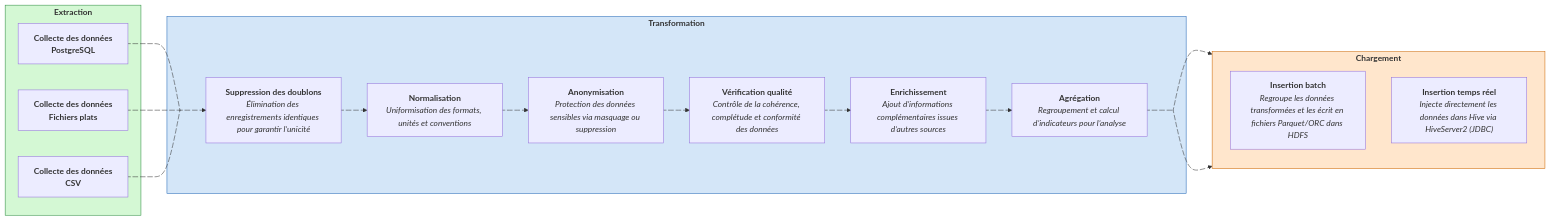
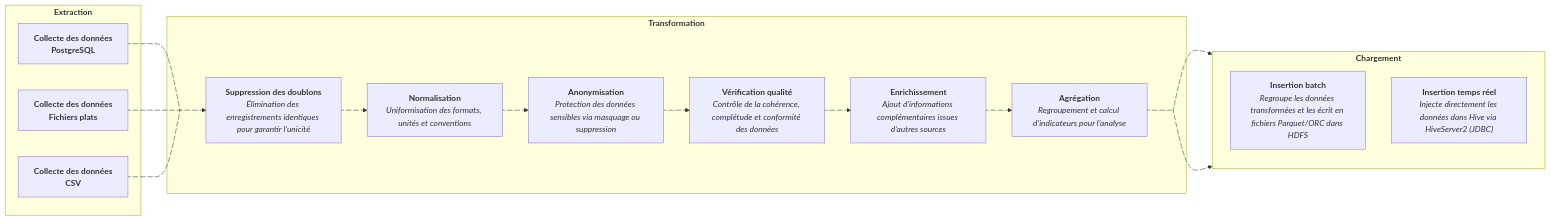
Before and after one commit to paulin-dev/CESI-BigData: the third of 3 diagrams in README.md, drawn with Mermaid.

Commit message:
Remove style definitions from README
Removed style definitions for EXTRACT, TRANSFORM, and LOAD.

````diff
--- a/README.md
+++ b/README.md
@@ -289,60 +289,55 @@
 ```mermaid
 flowchart LR
 
   	%% --- STYLE ---
   	classDef empty width:0,height:0;
 
     %% --- EXTRACT ---
     subgraph EXTRACT ["<b>Extraction</b>"]
         A2["<b>Collecte des données<br>PostgreSQL</b><br/>"]
         A3["<b>Collecte des données<br>Fichiers plats</b><br/>"]
         A4["<b>Collecte des données<br>CSV</b><br/>"]
 	end
 
     %% --- TRANSFORM ---
     subgraph TRANSFORM ["<b>Transformation</b>"]
         B0[ ]:::empty
 		B1["<b>Suppression des doublons</b><br/><i>Élimination des enregistrements identiques pour garantir l’unicité</i>"]
         B2["<b>Normalisation</b><br/><i>Uniformisation des formats, unités et conventions</i>"]
         B4["<b>Anonymisation</b><br/><i>Protection des données sensibles via masquage ou suppression</i>"]
         B5["<b>Vérification qualité</b><br/><i>Contrôle de la cohérence, complétude et conformité des données</i>"]
         B6["<b>Enrichissement</b><br/><i>Ajout d’informations complémentaires issues d’autres sources</i>"]
         B7["<b>Agrégation</b><br/><i>Regroupement et calcul d’indicateurs pour l’analyse</i>"]
 		B8[ ]:::empty
 	end
 
     %% --- LOAD ---
     subgraph LOAD ["<b>Chargement</b>"]
 		direction TB
         C1["<b>Insertion batch</b><br/><i>Regroupe les données transformées et les écrit en fichiers Parquet/ORC dans HDFS</i>"]
         C2["<b>Insertion temps réel</b><br/><i>Injecte directement les données dans Hive via HiveServer2 (JDBC)</i>"]
     end
 
     %% --- FLUX DE DONNÉES ---
     A2 e1@--- B0
     A3 e2@--- B0
     A4 e3@--- B0
     B0 e4@--> B1 e5@--> B2 e6@--> B4 e7@--> B5 e8@--> B6 e9@--> B7
 	B7 e10@--- B8
 	B8 e11@--> C1
 	B8 e12@--> C2
 
 	%% --- ANIMATIONS ---
 	e1@{ animation: slow }
 	e2@{ animation: slow }
 	e3@{ animation: slow }
 	e4@{ animation: slow }
 	e5@{ animation: slow }
 	e6@{ animation: slow }
 	e7@{ animation: slow }
 	e8@{ animation: slow }
 	e9@{ animation: slow }
 	e10@{ animation: slow }
 	e11@{ animation: slow }
 	e12@{ animation: slow }
-
-    %% --- STYLES DES BLOCS ---
-    style EXTRACT fill:#d4f8d4,stroke:#2b8a3e,stroke-width:1px;
-    style TRANSFORM fill:#d4e6f8,stroke:#1e64b7,stroke-width:1px;
-    style LOAD fill:#ffe6cc,stroke:#cc6600,stroke-width:1px;
 ```
````
